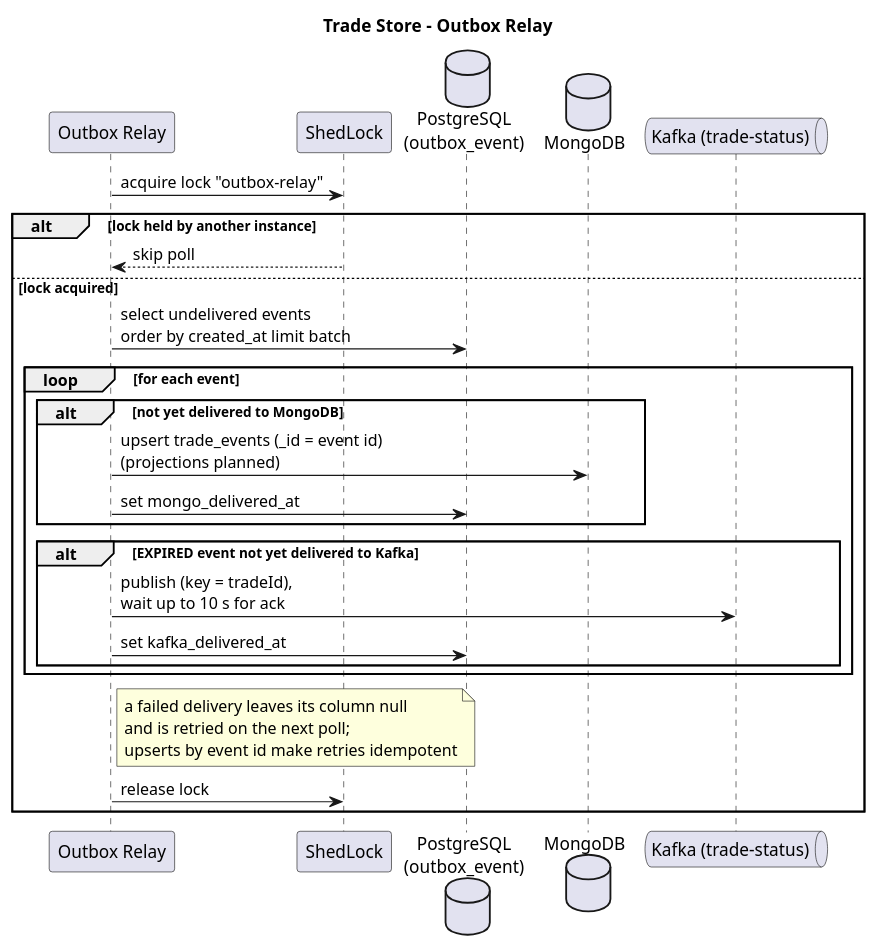
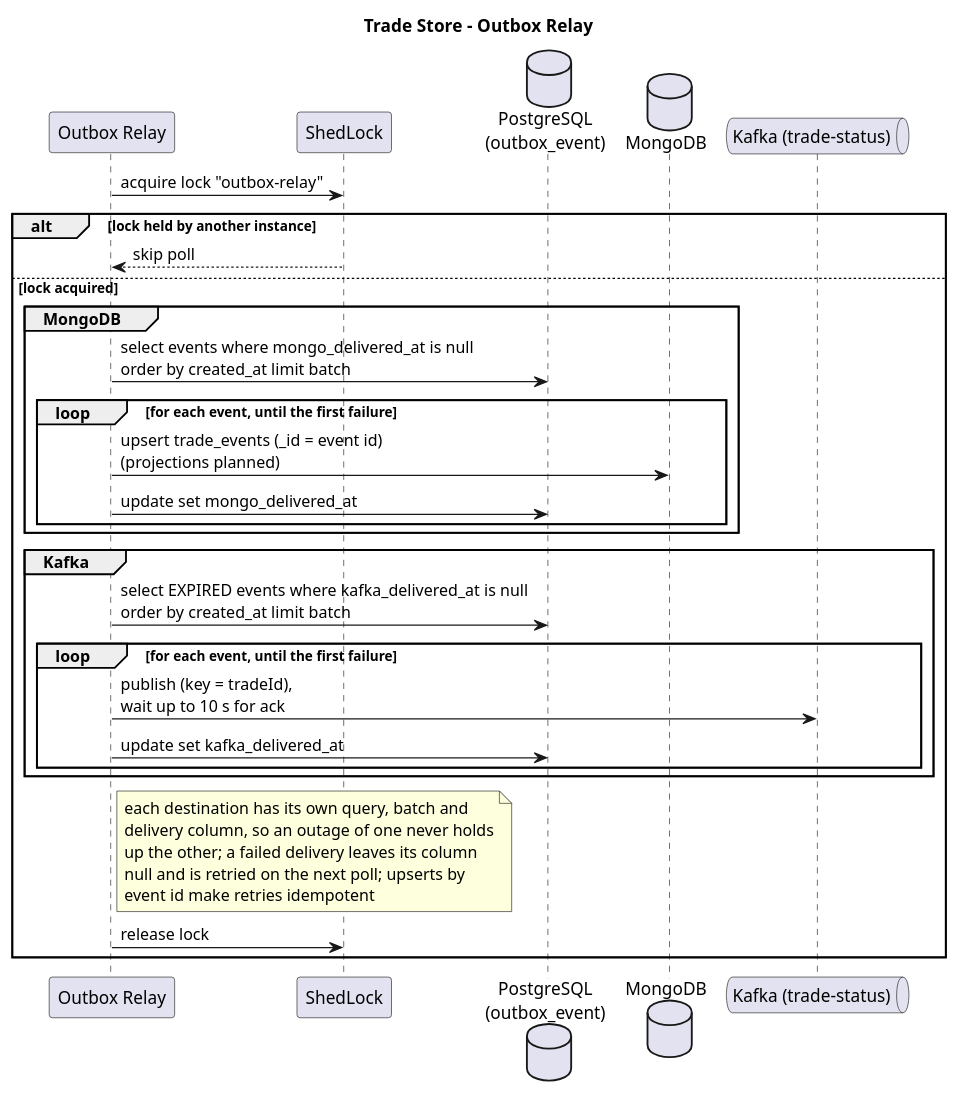
One commit to jabhijeet/trade-store changed the diagram in docs/diagrams/sequence-outbox-relay.puml. Above: the diagram before and after it, drawn with PlantUML. The commit also changed 11 other files, not shown here.

First line of the commit message:
fix: outbox relay backlog, concurrent first insert and rejection connections

```diff
--- a/docs/diagrams/sequence-outbox-relay.puml
+++ b/docs/diagrams/sequence-outbox-relay.puml
@@ -1,28 +1,37 @@
 @startuml sequence-outbox-relay
 title Trade Store - Outbox Relay
 
 participant "Outbox Relay" as relay
 participant "ShedLock" as shedlock
 database "PostgreSQL\n(outbox_event)" as postgres
 database "MongoDB" as mongo
 queue "Kafka (trade-status)" as statusTopic
 
 relay -> shedlock : acquire lock "outbox-relay"
 alt lock held by another instance
   shedlock --> relay : skip poll
 else lock acquired
-  relay -> postgres : select undelivered events\norder by created_at limit batch
-  loop for each event
-    alt not yet delivered to MongoDB
+  group MongoDB
+    relay -> postgres : select events where mongo_delivered_at is null\norder by created_at limit batch
+    loop for each event, until the first failure
       relay -> mongo : upsert trade_events (_id = event id)\n(projections planned)
-      relay -> postgres : set mongo_delivered_at
-    end
-    alt EXPIRED event not yet delivered to Kafka
-      relay -> statusTopic : publish (key = tradeId),\nwait up to 10 s for ack
-      relay -> postgres : set kafka_delivered_at
+      relay -> postgres : update set mongo_delivered_at
     end
   end
-  note right of relay : a failed delivery leaves its column null\nand is retried on the next poll;\nupserts by event id make retries idempotent
+  group Kafka
+    relay -> postgres : select EXPIRED events where kafka_delivered_at is null\norder by created_at limit batch
+    loop for each event, until the first failure
+      relay -> statusTopic : publish (key = tradeId),\nwait up to 10 s for ack
+      relay -> postgres : update set kafka_delivered_at
+    end
+  end
+  note right of relay
+    each destination has its own query, batch and
+    delivery column, so an outage of one never holds
+    up the other; a failed delivery leaves its column
+    null and is retried on the next poll; upserts by
+    event id make retries idempotent
+  end note
   relay -> shedlock : release lock
 end
 @enduml
```
